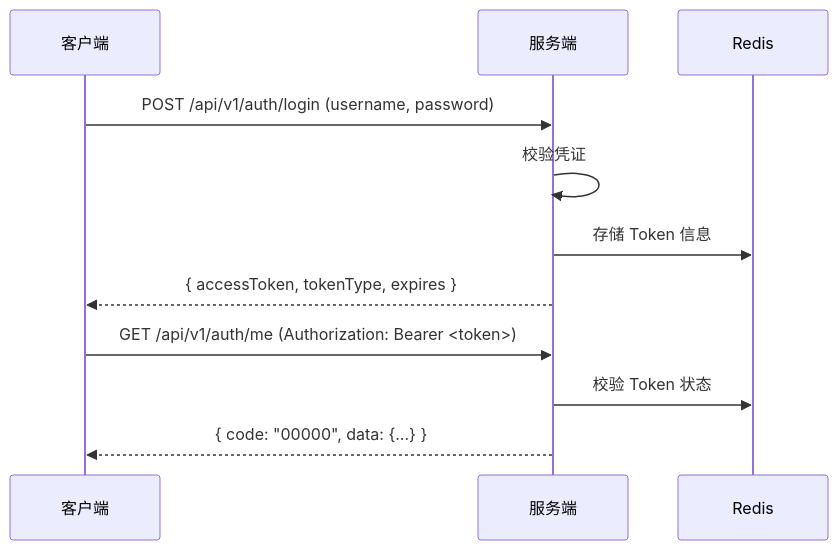
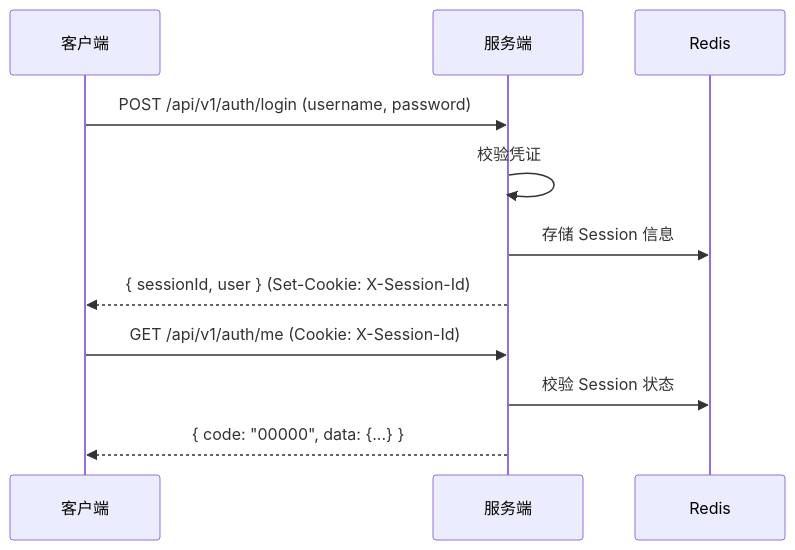
One commit to earthy-zinc/dehaze-system changed the diagram in dehaze-doc/docs/02-系统架构/04-API规范.md. Above: the diagram before and after it, drawn with Mermaid. The commit also changed other lines of this file and 10 other files, not shown here.

````diff
--- a/dehaze-doc/docs/02-系统架构/04-API规范.md
+++ b/dehaze-doc/docs/02-系统架构/04-API规范.md
@@ -364,15 +365,15 @@
 ```mermaid
 sequenceDiagram
     participant Client as 客户端
     participant Server as 服务端
     participant Redis as Redis
 
     Client->>Server: POST /api/v1/auth/login (username, password)
     Server->>Server: 校验凭证
-    Server->>Redis: 存储 Token 信息
-    Server-->>Client: { accessToken, tokenType, expires }
-    
-    Client->>Server: GET /api/v1/auth/me (Authorization: Bearer <token>)
-    Server->>Redis: 校验 Token 状态
+    Server->>Redis: 存储 Session 信息
+    Server-->>Client: { sessionId, user } (Set-Cookie: X-Session-Id)
+
+    Client->>Server: GET /api/v1/auth/me (Cookie: X-Session-Id)
+    Server->>Redis: 校验 Session 状态
     Server-->>Client: { code: "00000", data: {...} }
 ```
````
